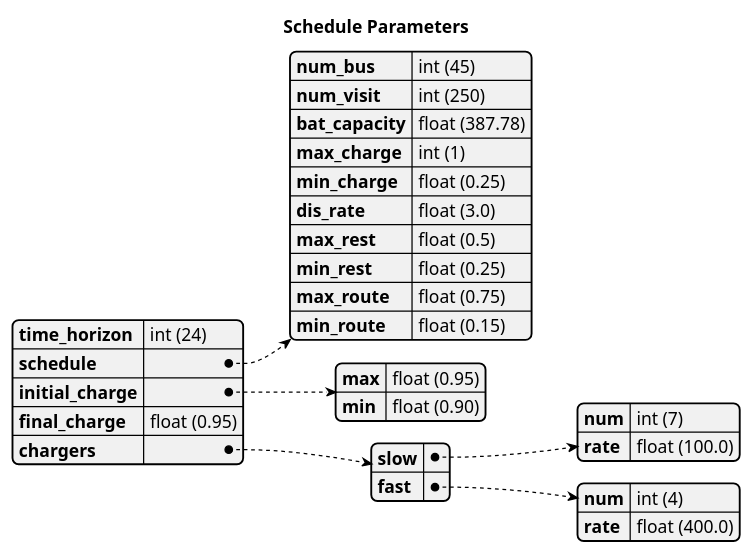
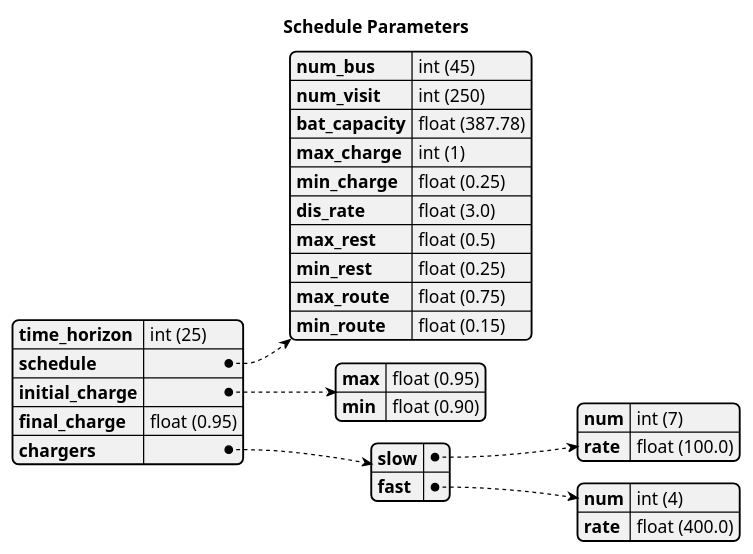
The diagram in docs/img/route_yaml.puml (alexb7711/sa-pap), drawn with PlantUML before and after one commit. The commit also changed 4 other files, not shown here.

```diff
--- a/docs/img/route_yaml.puml
+++ b/docs/img/route_yaml.puml
@@ -1,36 +1,36 @@
 @startyaml
 
 title Schedule Parameters
 
 ' Time horizon information
-time_horizon: int (24)                 # [hr]
+time_horizon: int (25)                 # [hr]
 
 ' Schedule information
 schedule:
   num_bus: int (45)
   num_visit: int (250)
   bat_capacity: float (387.78)         # [KWh]
   max_charge: int (1)                  # [0-1]
   min_charge: float (0.25)             # [0-1]
   dis_rate: float (3.0)                # [Kw]
   max_rest: float (0.5)                # [hr]
   min_rest: float (0.25)               # [hr]
   max_route: float (0.75)              # [hr]
   min_route: float (0.15)              # [hr]
 
 ' Bus initial/final charge information
 initial_charge:
   max: float (0.95)                    # [0-1]
   min: float (0.90)                    # [0-1]
 final_charge: float (0.95)             # [0-1]
 
 ' Charger information
 chargers:
   slow:
     num: int (7)
     rate: float (100.0)                # [Kw]
   fast:
     num: int (4)
     rate: float (400.0)                # [Kw]
 
 @endyaml
```
